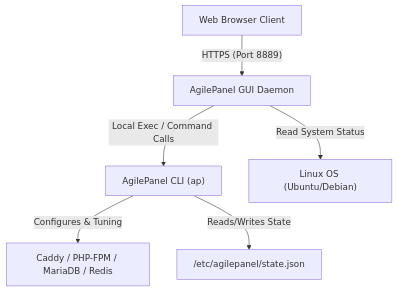
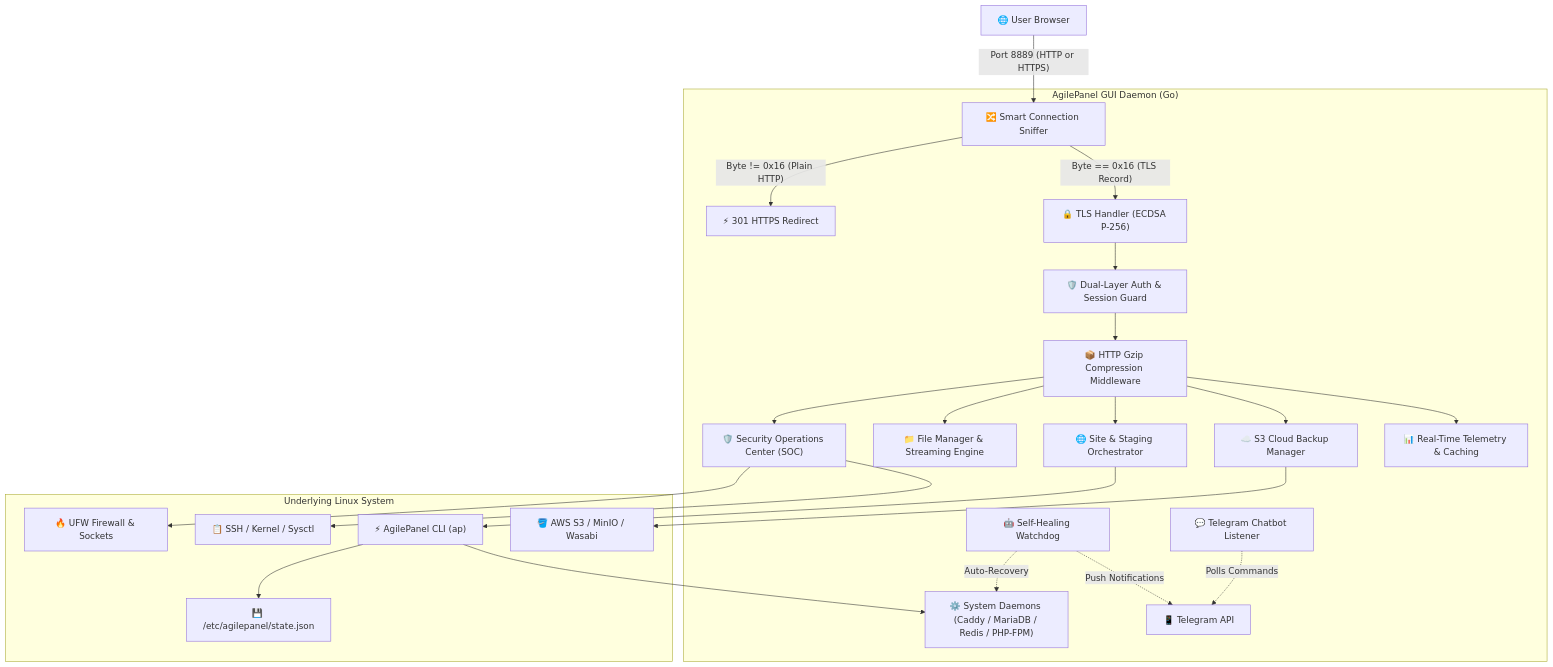
The diagram in README.md (webtechj/agilepanel-gui), drawn with Mermaid before and after one commit. The commit also changed other lines of this file, not shown here.

Commit message:
docs: revamp README UI/UX, system architecture, and v1.1.3 SOC feature guide

````diff
--- a/README.md
+++ b/README.md
@@ -18,8 +87,31 @@
 ```mermaid
 graph TD
-    Client[Web Browser Client] -- "HTTPS (Port 8889)" --> GUI["AgilePanel GUI Daemon"]
-    GUI -- "Local Exec / Command Calls" --> CLI["AgilePanel CLI (ap)"]
-    GUI -- "Read System Status" --> OS["Linux OS (Ubuntu/Debian)"]
-    CLI -- "Configures & Tuning" --> Services["Caddy / PHP-FPM / MariaDB / Redis"]
-    CLI -- "Reads/Writes State" --> State["/etc/agilepanel/state.json"]
+    User["🌐 User Browser"] -- "Port 8889 (HTTP or HTTPS)" --> Multiplexer["🔀 Smart Connection Sniffer"]
+
+    subgraph "AgilePanel GUI Daemon (Go)"
+        Multiplexer -- "Byte != 0x16 (Plain HTTP)" --> HTTPRedirect["⚡ 301 HTTPS Redirect"]
+        Multiplexer -- "Byte == 0x16 (TLS Record)" --> TLSListener["🔒 TLS Handler (ECDSA P-256)"]
+
+        TLSListener --> DualAuth["🛡️ Dual-Layer Auth & Session Guard"]
+        DualAuth --> GzipCompress["📦 HTTP Gzip Compression Middleware"]
+
+        GzipCompress --> SOC["🛡️ Security Operations Center (SOC)"]
+        GzipCompress --> FileEngine["📁 File Manager & Streaming Engine"]
+        GzipCompress --> SiteEngine["🌐 Site & Staging Orchestrator"]
+        GzipCompress --> BackupEngine["☁️ S3 Cloud Backup Manager"]
+        GzipCompress --> MetricsEngine["📊 Real-Time Telemetry & Caching"]
+
+        Watchdog["🤖 Self-Healing Watchdog"] -.->|Auto-Recovery| Services
+        Watchdog -.->|Push Notifications| Telegram["📱 Telegram API"]
+        TelegramBot["💬 Telegram Chatbot Listener"] -.->|Polls Commands| Telegram
+    end
+
+    subgraph "Underlying Linux System"
+        SOC --> UFW["🔥 UFW Firewall & Sockets"]
+        SOC --> SystemAudits["📋 SSH / Kernel / Sysctl"]
+        SiteEngine --> APCLI["⚡ AgilePanel CLI (ap)"]
+        APCLI --> StateJSON["💾 /etc/agilepanel/state.json"]
+        APCLI --> Services["⚙️ System Daemons (Caddy / MariaDB / Redis / PHP-FPM)"]
+        BackupEngine --> S3["🪣 AWS S3 / MinIO / Wasabi"]
+    end
 ```
````
